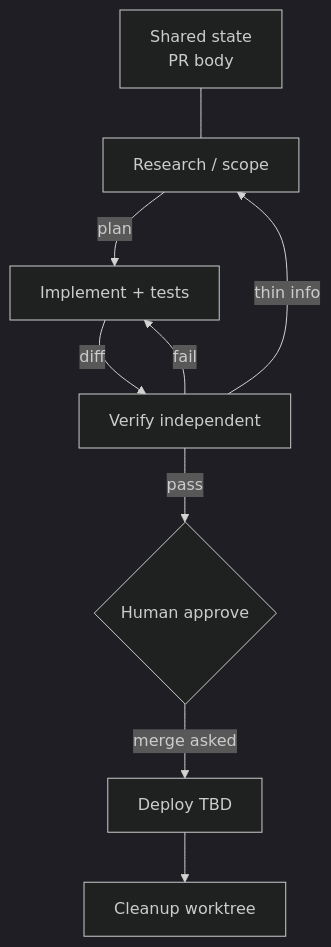
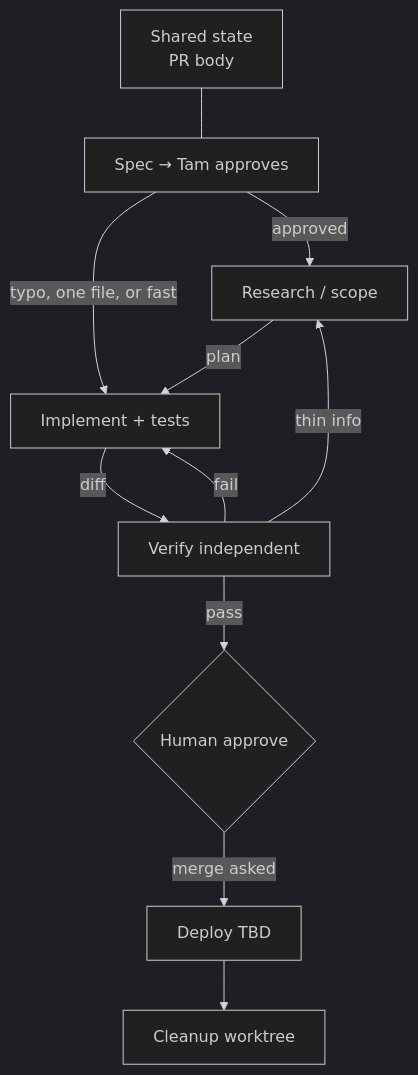
Before and after one commit to tamvm/kids-gamification: the diagram in docs/agent-graph-pr.md, drawn with Mermaid (dark theme). The commit also changed other lines of this file and 14 other files, not shown here.

First line of the commit message:
docs: require a Tam-approved spec before non-trivial work

````diff
--- a/docs/agent-graph-pr.md
+++ b/docs/agent-graph-pr.md
@@ -32,11 +33,13 @@
 ```mermaid
 flowchart TD
-  S[Shared state<br/>PR body] --- R[Research / scope]
+  S[Shared state<br/>PR body] --- P[Spec → Tam approves]
+  P -->|approved| R[Research / scope]
+  P -->|typo, one file, or fast| I
   R -->|plan| I[Implement + tests]
   I -->|diff| V[Verify independent]
   V -->|fail| I
   V -->|thin info| R
   V -->|pass| H{Human approve}
   H -->|merge asked| D[Deploy TBD]
   D --> C[Cleanup worktree]
 ```
````
